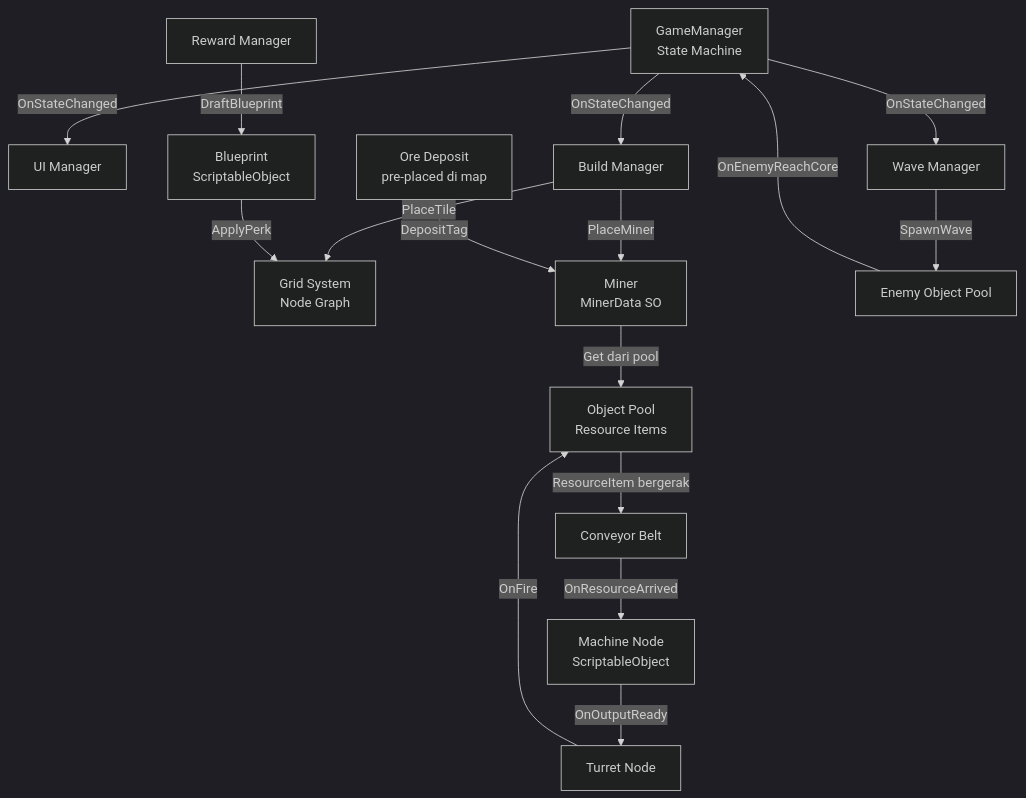
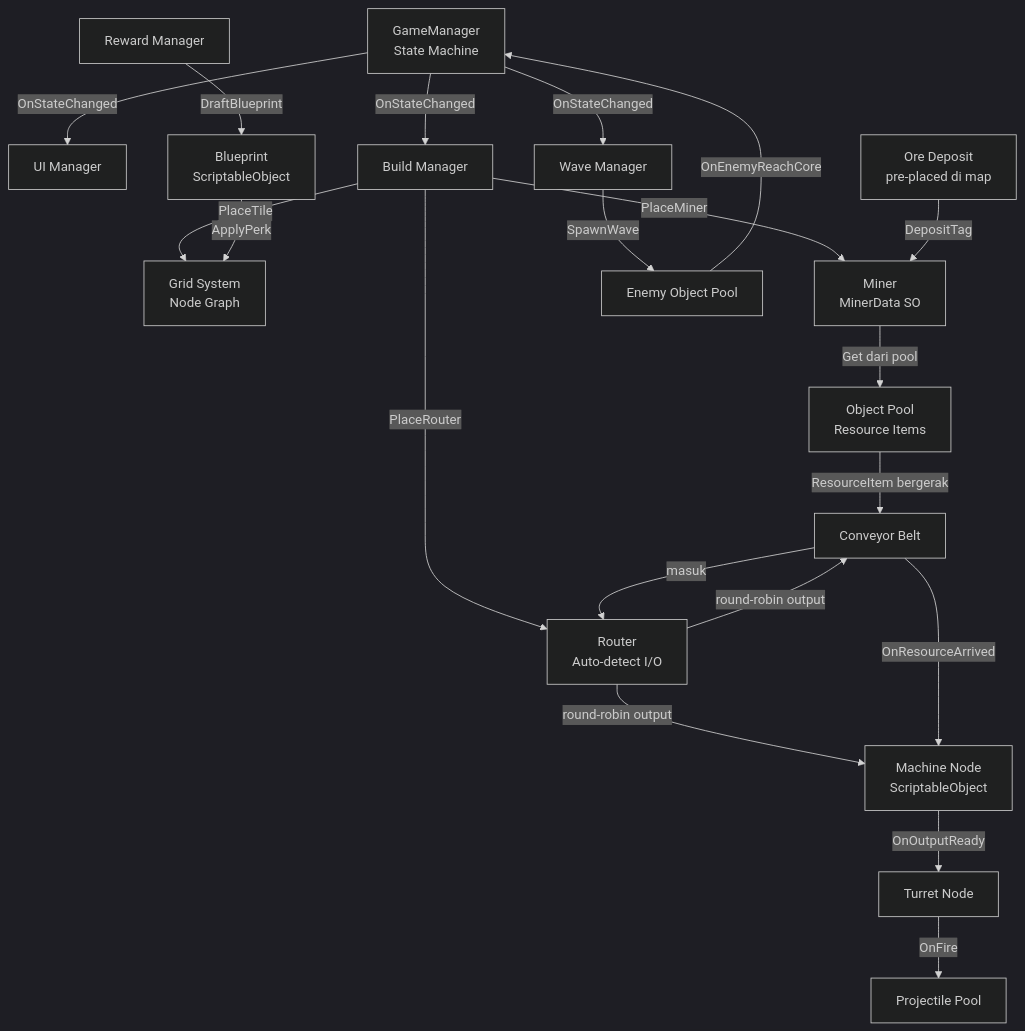
One commit to ramasii/Game-Development changed the diagram in Projects/Rama's TD/ManaForge - Overdrive.md. Above: the diagram before and after it, drawn with Mermaid (dark theme). The commit also changed other lines of this file and 3 other files, not shown here.

````diff
--- a/Projects/Rama's TD/ManaForge - Overdrive.md
+++ b/Projects/Rama's TD/ManaForge - Overdrive.md
@@ -68,22 +74,26 @@
-   ```mermaid
+    ```mermaid
     graph TD
         GM[GameManager\nState Machine] -->|OnStateChanged| UI[UI Manager]
         GM -->|OnStateChanged| WM[Wave Manager]
         GM -->|OnStateChanged| BM[Build Manager]
 
         BM -->|PlaceTile| Grid[Grid System\nNode Graph]
         BM -->|PlaceMiner| Miner[Miner\nMinerData SO]
+        BM -->|PlaceRouter| Router[Router\nAuto-detect I/O]
 
         OreDeposit[Ore Deposit\npre-placed di map] -->|DepositTag| Miner
         Miner -->|Get dari pool| Pool[Object Pool\nResource Items]
         Pool -->|ResourceItem bergerak| Conv[Conveyor Belt]
-        Conv -->|OnResourceArrived| Machine[Machine Node\nScriptableObject]
+        Conv -->|masuk| Router
+        Router -->|round-robin output| Conv
+        Router -->|round-robin output| Machine[Machine Node\nScriptableObject]
+        Conv -->|OnResourceArrived| Machine
         Machine -->|OnOutputReady| Turret[Turret Node]
-        Turret -->|OnFire| Pool
+        Turret -->|OnFire| ProjPool[Projectile Pool]
 
         WM -->|SpawnWave| EnemyPool[Enemy Object Pool]
         EnemyPool -->|OnEnemyReachCore| GM
 
         RM[Reward Manager] -->|DraftBlueprint| SO[Blueprint\nScriptableObject]
         SO -->|ApplyPerk| Grid
     ```
````
